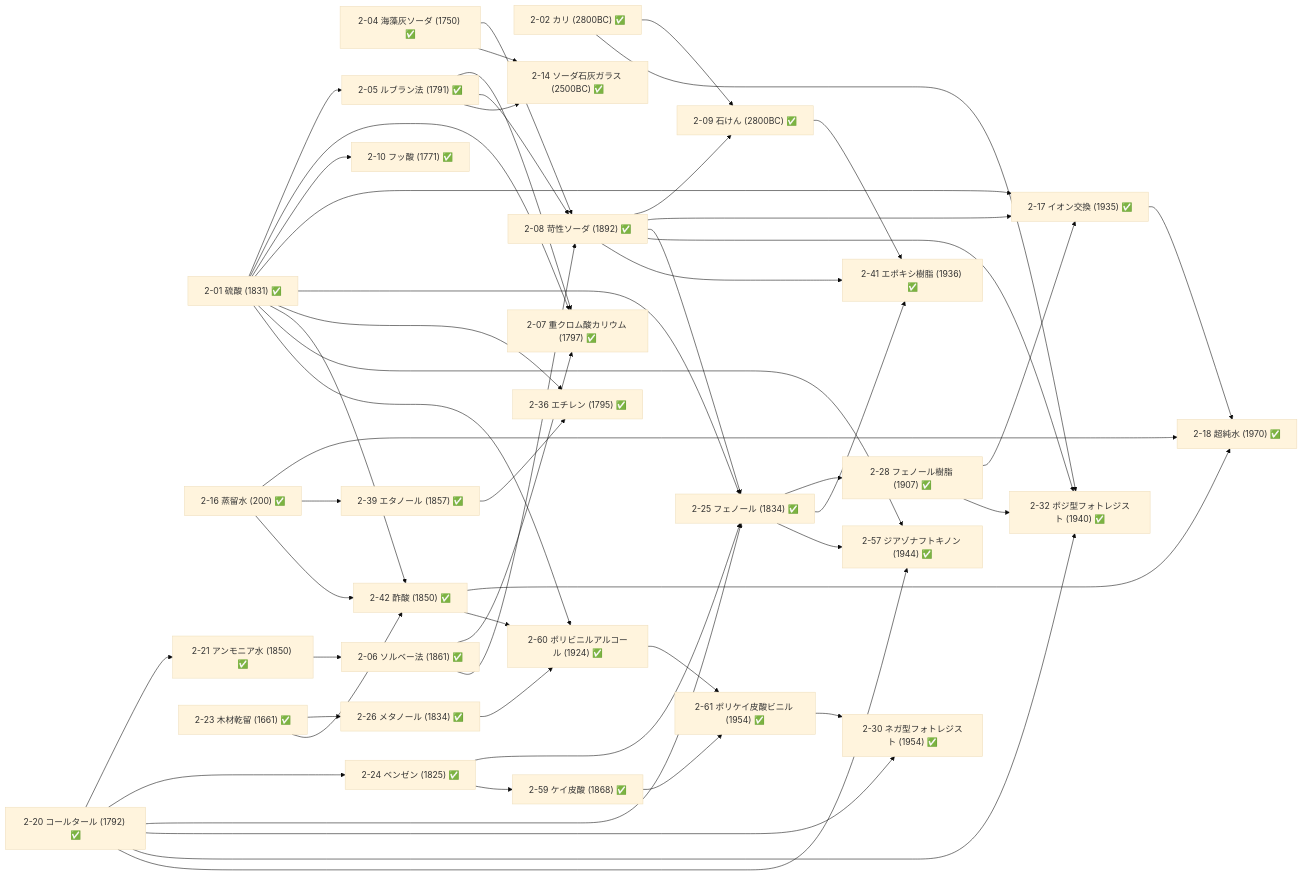
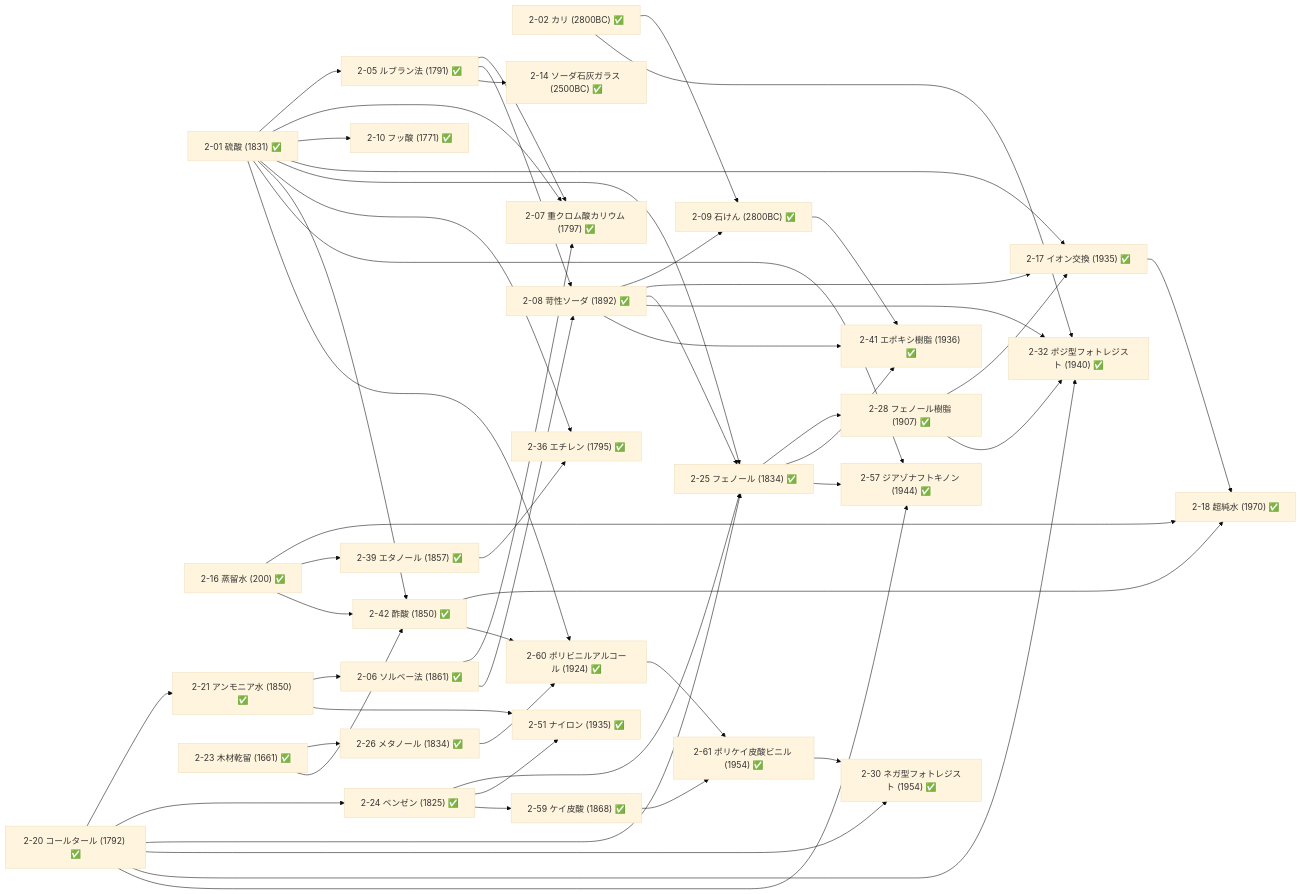
One commit to taku3i0317-collab/semiconductor-lab changed the fifth of 19 diagrams in docs/TECH_TREE_VIEW.md. Above: the diagram before and after it, drawn with Mermaid (base theme). The commit also changed other lines of this file and 12 other files, not shown here.

```diff
--- a/docs/TECH_TREE_VIEW.md
+++ b/docs/TECH_TREE_VIEW.md
@@ -246,7 +246,6 @@
 graph LR
   n2_01["2-01 硫酸 (1831) ✅"]
   n2_02["2-02 カリ (2800BC) ✅"]
-  n2_04["2-04 海藻灰ソーダ (1750) ✅"]
   n2_05["2-05 ルブラン法 (1791) ✅"]
   n2_06["2-06 ソルベー法 (1861) ✅"]
   n2_07["2-07 重クロム酸カリウム (1797) ✅"]
@@ -270,6 +269,7 @@
   n2_39["2-39 エタノール (1857) ✅"]
   n2_41["2-41 エポキシ樹脂 (1936) ✅"]
   n2_42["2-42 酢酸 (1850) ✅"]
+  n2_51["2-51 ナイロン (1935) ✅"]
   n2_57["2-57 ジアゾナフトキノン (1944) ✅"]
   n2_59["2-59 ケイ皮酸 (1868) ✅"]
   n2_60["2-60 ポリビニルアルコール (1924) ✅"]
@@ -279,13 +279,11 @@
   n2_01-->n2_07
   n2_05-->n2_07
   n2_06-->n2_07
-  n2_04-->n2_08
   n2_05-->n2_08
   n2_06-->n2_08
   n2_02-->n2_09
   n2_08-->n2_09
   n2_01-->n2_10
-  n2_04-->n2_14
   n2_05-->n2_14
   n2_01-->n2_17
   n2_08-->n2_17
@@ -316,6 +314,8 @@
   n2_01-->n2_42
   n2_16-->n2_42
   n2_23-->n2_42
+  n2_21-->n2_51
+  n2_24-->n2_51
   n2_01-->n2_57
   n2_20-->n2_57
   n2_25-->n2_57
```
